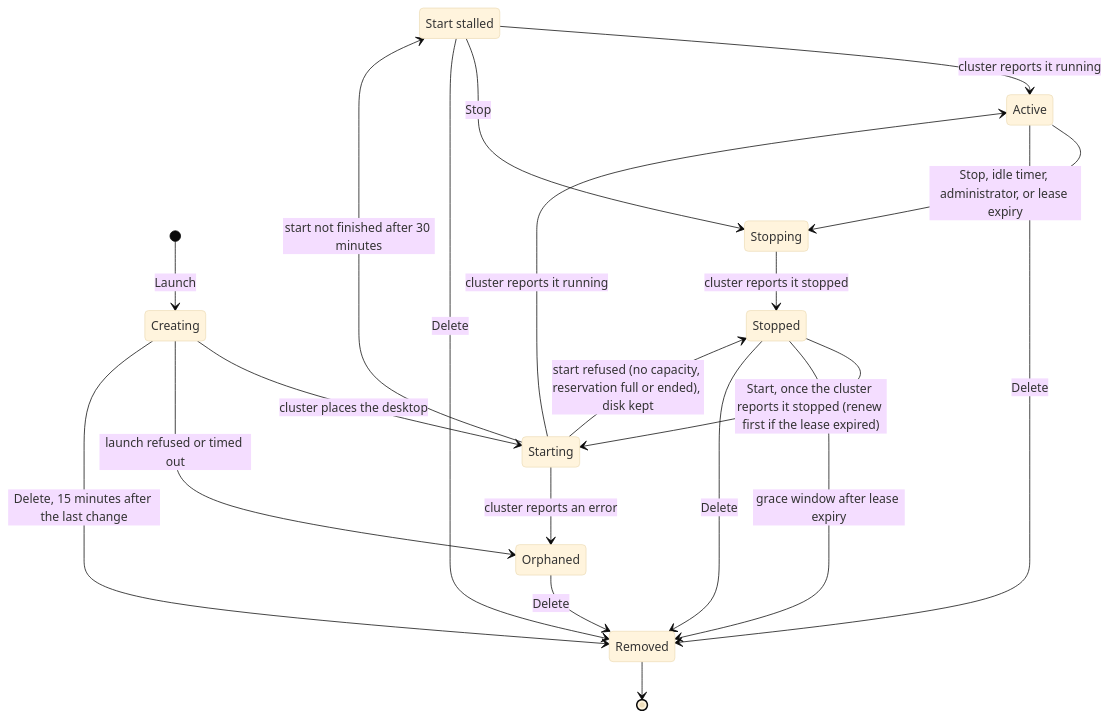
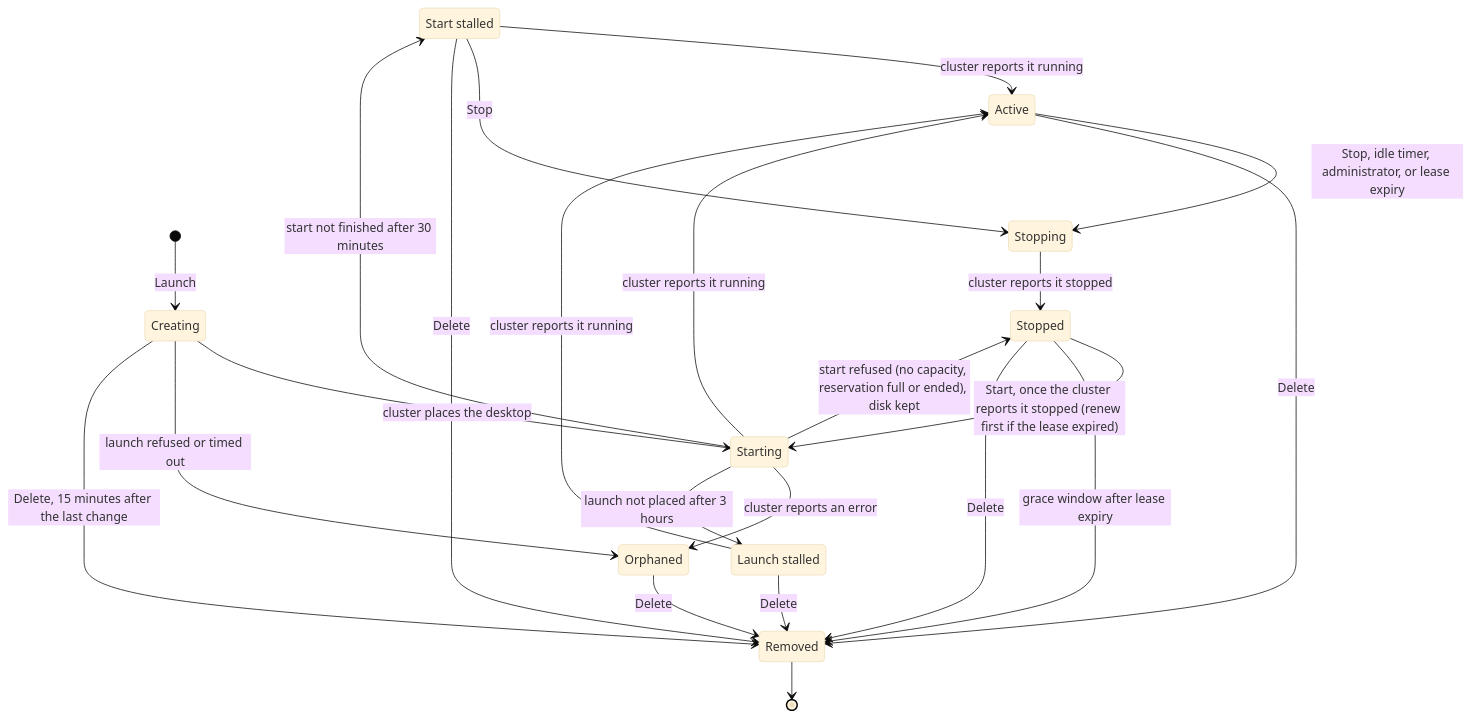
One commit to awslabs/visual-asset-management-system changed the diagram in documentation/docusaurus-site/docs/developer/edh-workstations/user-guide.md. Above: the diagram before and after it, drawn with Mermaid (base theme). The commit also changed other lines of this file and 7 other files, not shown here.

Commit message:
docs(edh): document the stalled launch and the Stop confirmation, with 2.7.0 changelog entries (#1655)

````diff
--- a/documentation/docusaurus-site/docs/developer/edh-workstations/user-guide.md
+++ b/documentation/docusaurus-site/docs/developer/edh-workstations/user-guide.md
@@ -92,23 +92,27 @@
 ```mermaid
 stateDiagram-v2
     state "Start stalled" as StartStalled
+    state "Launch stalled" as LaunchStalled
     [*] --> Creating: Launch
     Creating --> Starting: cluster places the desktop
     Starting --> Active: cluster reports it running
     Creating --> Orphaned: launch refused or timed out
     Starting --> Orphaned: cluster reports an error
+    Starting --> LaunchStalled: launch not placed after 3 hours
+    LaunchStalled --> Active: cluster reports it running
+    LaunchStalled --> Removed: Delete
     Active --> Stopping: Stop, idle timer, administrator, or lease expiry
     Stopping --> Stopped: cluster reports it stopped
     Stopped --> Starting: Start, once the cluster reports it stopped (renew first if the lease expired)
     Starting --> Stopped: start refused (no capacity, reservation full or ended), disk kept
     Starting --> StartStalled: start not finished after 30 minutes
     StartStalled --> Active: cluster reports it running
     StartStalled --> Stopping: Stop
     StartStalled --> Removed: Delete
     Stopped --> Removed: grace window after lease expiry
     Active --> Removed: Delete
     Stopped --> Removed: Delete
     Orphaned --> Removed: Delete
     Creating --> Removed: Delete, 15 minutes after the last change
     Removed --> [*]
 ```
````
